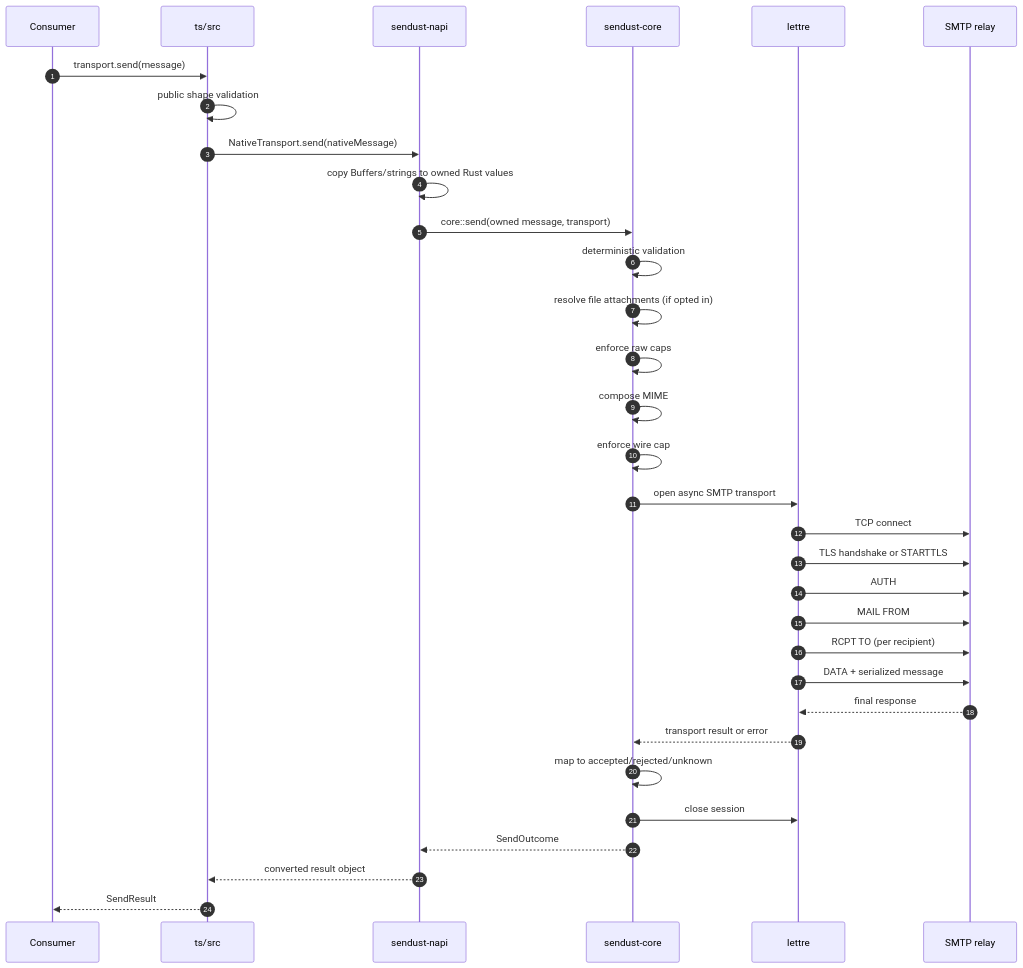
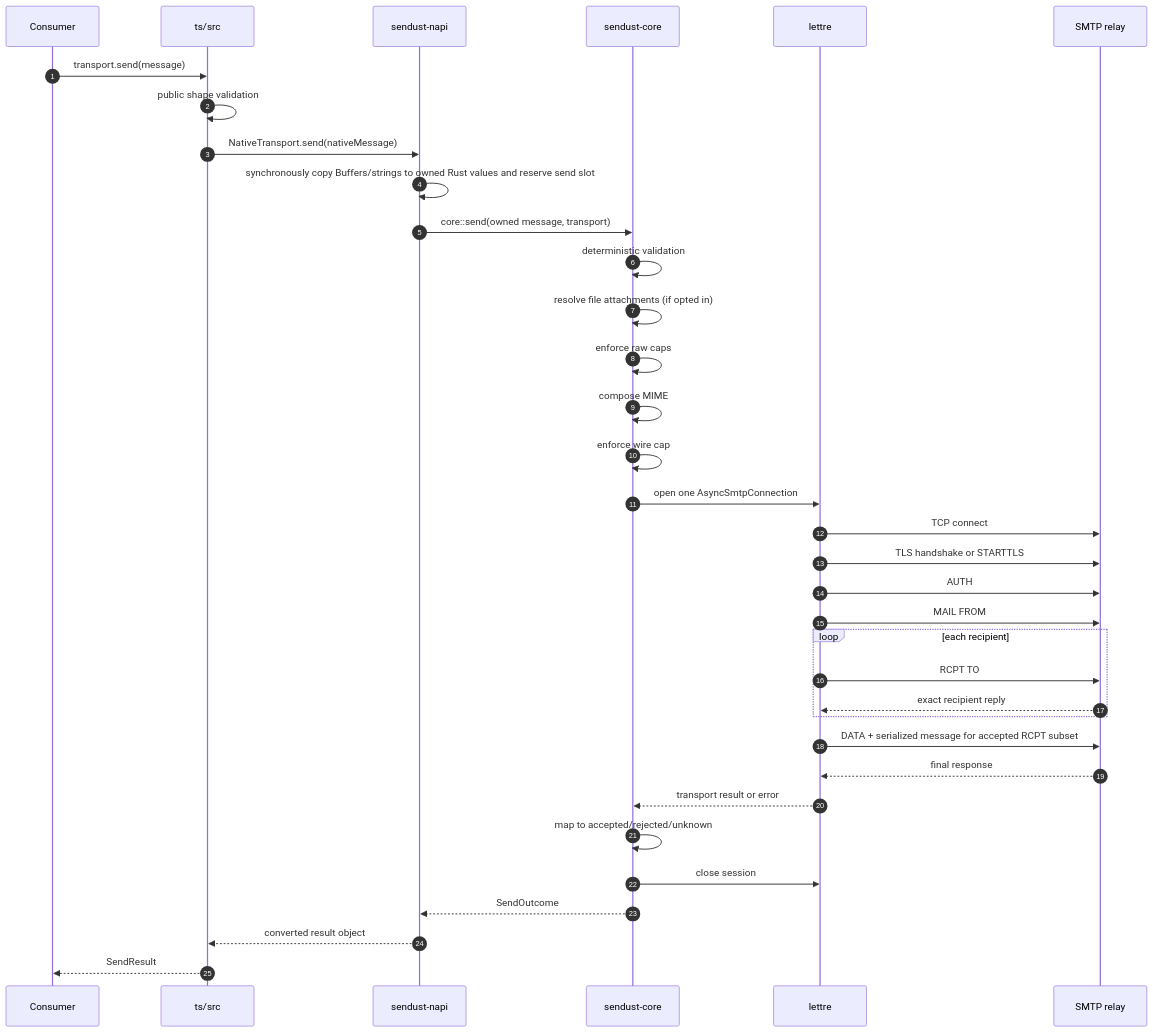
One commit to fandyajpo/sendust changed the first of 2 diagrams in docs/architecture/data-flow.md. Above: the diagram before and after it, drawn with Mermaid. The commit also changed other lines of this file, not shown here.

Commit message:
docs: specify low-level SMTP recipient and N-API ownership flow

````diff
--- a/docs/architecture/data-flow.md
+++ b/docs/architecture/data-flow.md
@@ -7,35 +7,38 @@
 ```mermaid
 sequenceDiagram
     autonumber
     participant App as Consumer
     participant TS as ts/src
     participant N as sendust-napi
     participant C as sendust-core
     participant L as lettre
     participant R as SMTP relay
 
     App->>TS: transport.send(message)
     TS->>TS: public shape validation
     TS->>N: NativeTransport.send(nativeMessage)
-    N->>N: copy Buffers/strings to owned Rust values
+    N->>N: synchronously copy Buffers/strings to owned Rust values and reserve send slot
     N->>C: core::send(owned message, transport)
     C->>C: deterministic validation
     C->>C: resolve file attachments (if opted in)
     C->>C: enforce raw caps
     C->>C: compose MIME
     C->>C: enforce wire cap
-    C->>L: open async SMTP transport
+    C->>L: open one AsyncSmtpConnection
     L->>R: TCP connect
     L->>R: TLS handshake or STARTTLS
     L->>R: AUTH
     L->>R: MAIL FROM
-    L->>R: RCPT TO (per recipient)
-    L->>R: DATA + serialized message
+    loop each recipient
+        L->>R: RCPT TO
+        R-->>L: exact recipient reply
+    end
+    L->>R: DATA + serialized message for accepted RCPT subset
     R-->>L: final response
     L-->>C: transport result or error
     C->>C: map to accepted/rejected/unknown
     C->>L: close session
     C-->>N: SendOutcome
     N-->>TS: converted result object
     TS-->>App: SendResult
 ```
````
